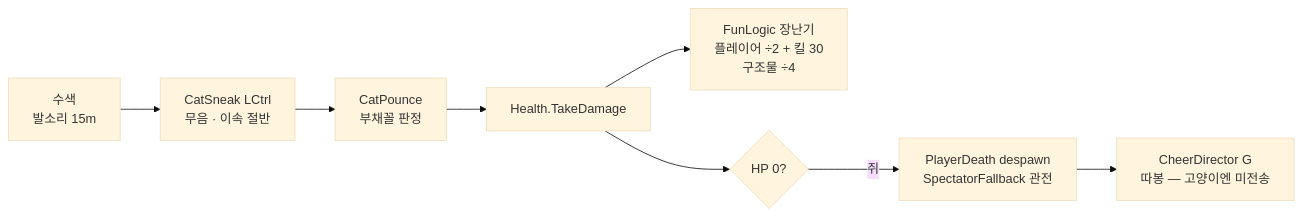
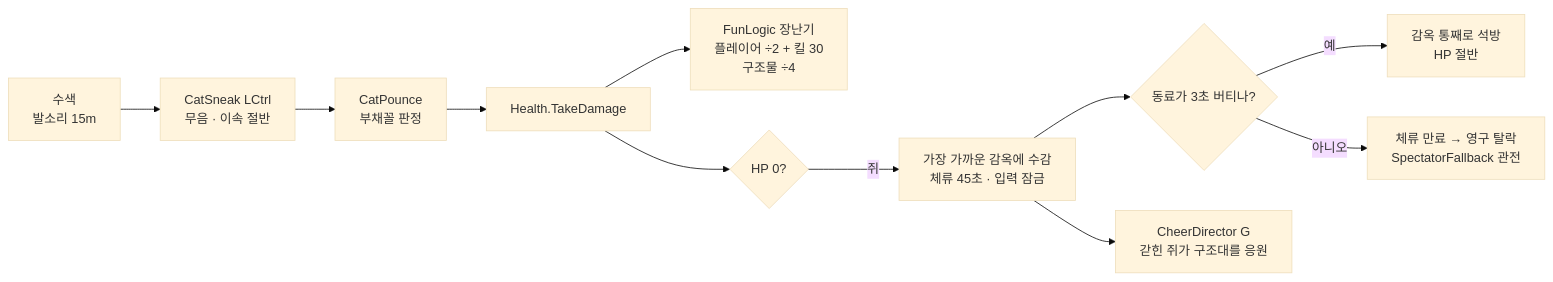
The third of 13 diagrams in CTC/docs/design-vault/코드 다이어그램.md (JeahanPark/The-Cheese-Thief-and-the-Cat), drawn with Mermaid (base theme) before and after one commit. The commit also changed other lines of this file, not shown here.

First line of the commit message:
docs: 감옥 반영 — 코드 다이어그램 + 핸드오프 현행화

````diff
--- a/CTC/docs/design-vault/코드 다이어그램.md
+++ b/CTC/docs/design-vault/코드 다이어그램.md
@@ -49,10 +49,13 @@
 ```mermaid
 flowchart LR
     Hunt[수색<br/>발소리 15m] --> Sneak[CatSneak LCtrl<br/>무음 · 이속 절반]
     Sneak --> Pounce[CatPounce<br/>부채꼴 판정]
     Pounce --> Dmg[Health.TakeDamage]
     Dmg --> Fun[FunLogic 장난기<br/>플레이어 ÷2 + 킬 30<br/>구조물 ÷4]
     Dmg --> Dead{HP 0?}
-    Dead -->|쥐| Out[PlayerDeath despawn<br/>SpectatorFallback 관전]
-    Out --> Cheer[CheerDirector G<br/>따봉 — 고양이엔 미전송]
+    Dead -->|쥐| Jail[가장 가까운 감옥에 수감<br/>체류 45초 · 입력 잠금]
+    Jail --> Rescue{동료가 3초 버티나?}
+    Rescue -->|예| Free[감옥 통째로 석방<br/>HP 절반]
+    Rescue -->|아니오| Out[체류 만료 → 영구 탈락<br/>SpectatorFallback 관전]
+    Jail --> Cheer[CheerDirector G<br/>갇힌 쥐가 구조대를 응원]
 ```
````
